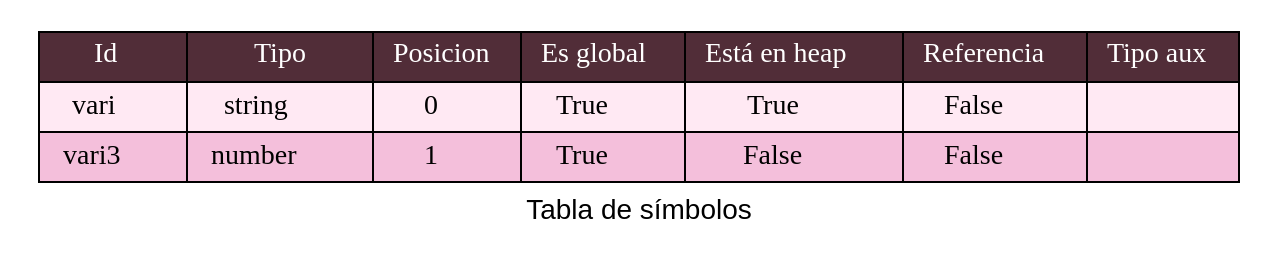
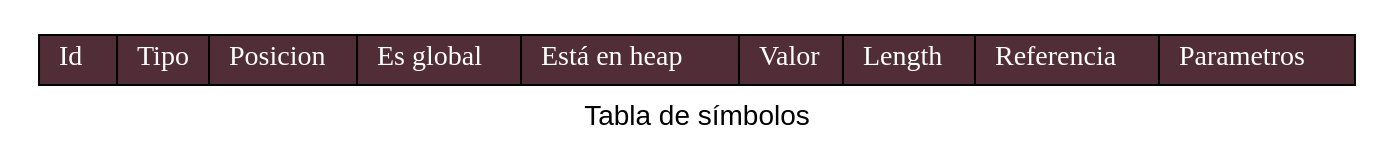
One commit to LuisaMariaO/OLC2P1-Luisa-Ortiz-Marjorie-Reyes changed the diagram in Fase 1/backend/TablaSimbolos.dot. Above: the diagram before and after it, drawn with Graphviz. The commit also changed 11 other files, not shown here.

```diff
--- a/Fase 1/backend/TablaSimbolos.dot
+++ b/Fase 1/backend/TablaSimbolos.dot
@@ -1,36 +1,20 @@
 digraph {
             fontname="Arial"
             label = "Tabla de símbolos"
             node[shape=none]
             n1[label=<
             <table BORDER="0" CELLBORDER="1" CELLSPACING="0" CELLPADDING="4">]
             <tr>
             <td bgcolor="#512D38"> <font color="white"> Id </font></td>
             <td bgcolor="#512D38"> <font color="white">Tipo</font></td>
             <td bgcolor="#512D38"> <font color="white">Posicion</font></td>
             <td bgcolor="#512D38"> <font color="white">Es global</font></td>
             <td bgcolor="#512D38"> <font color="white">Está en heap</font></td>
+            <td bgcolor="#512D38"> <font color="white">Valor</font></td>
+            <td bgcolor="#512D38"> <font color="white">Length</font></td>
             <td bgcolor="#512D38"> <font color="white">Referencia</font></td>
-            <td bgcolor="#512D38"> <font color="white">Tipo aux</font></td>
+            <td bgcolor="#512D38"> <font color="white">Parametros</font></td>
             </tr>
-<tr>
-<td bgcolor="#FFE9F3">   vari   </td>
-<td bgcolor="#FFE9F3">   string   </td>
-<td bgcolor="#FFE9F3">   0   </td>
-<td bgcolor="#FFE9F3">   True   </td>
-<td bgcolor="#FFE9F3">   True   </td>
-<td bgcolor="#FFE9F3">   False   </td>
-<td bgcolor="#FFE9F3">      </td>
-</tr>
-<tr>
-<td bgcolor="#F4BFDB">   vari3   </td>
-<td bgcolor="#F4BFDB">   number   </td>
-<td bgcolor="#F4BFDB">   1   </td>
-<td bgcolor="#F4BFDB">   True   </td>
-<td bgcolor="#F4BFDB">   False   </td>
-<td bgcolor="#F4BFDB">   False   </td>
-<td bgcolor="#F4BFDB">      </td>
-</tr>
 </table>
     >]
     }
```
